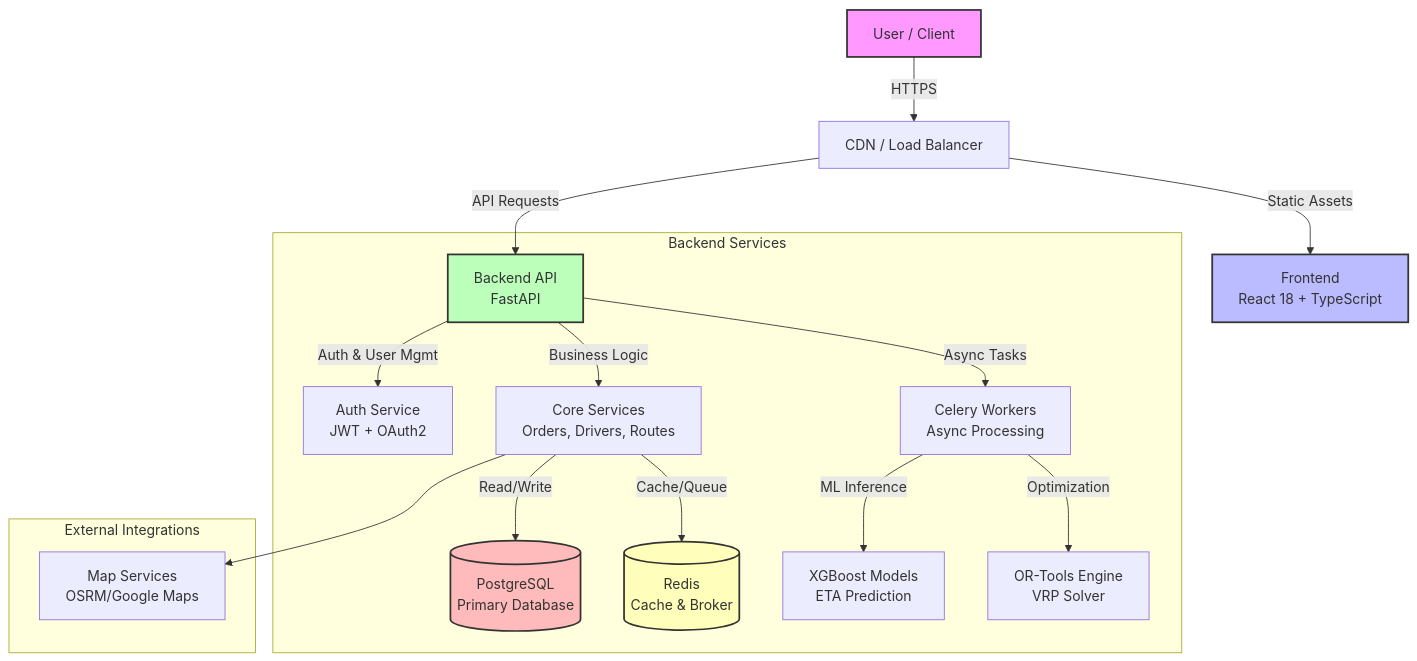
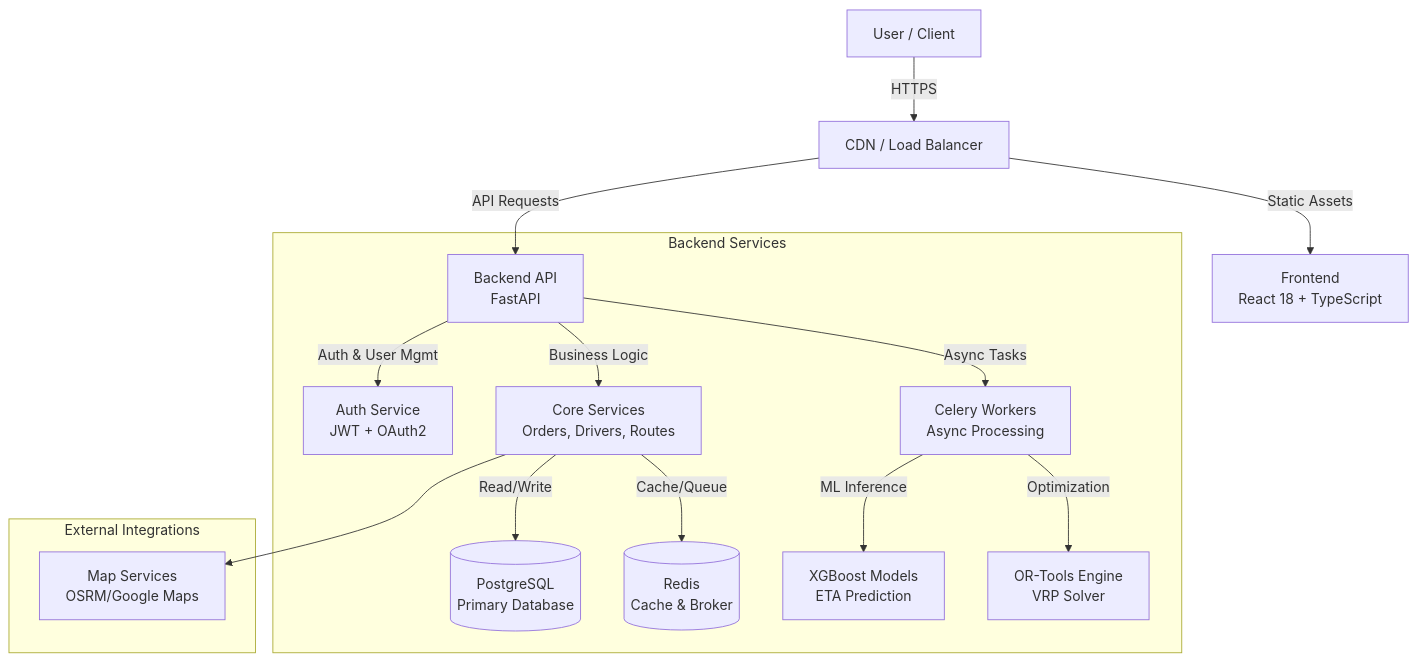
Before and after one commit to VIVEK-MARRI/IntelliLog-AI: the diagram in README.md, drawn with Mermaid. The commit also changed other lines of this file, not shown here.

````diff
--- a/README.md
+++ b/README.md
@@ -197,30 +84,24 @@
 ```mermaid
 graph TD
     User[User / Client] -->|HTTPS| CDN[CDN / Load Balancer]
     CDN -->|Static Assets| FE[Frontend<br/>React 18 + TypeScript]
     CDN -->|API Requests| API[Backend API<br/>FastAPI]
     
     subgraph "Backend Services"
         API -->|Auth & User Mgmt| Auth[Auth Service<br/>JWT + OAuth2]
         API -->|Business Logic| SVC[Core Services<br/>Orders, Drivers, Routes]
         API -->|Async Tasks| Worker[Celery Workers<br/>Async Processing]
         
         SVC -->|Read/Write| DB[(PostgreSQL<br/>Primary Database)]
         SVC -->|Cache/Queue| Redis[(Redis<br/>Cache & Broker)]
         
         Worker -->|ML Inference| ML[XGBoost Models<br/>ETA Prediction]
         Worker -->|Optimization| OR[OR-Tools Engine<br/>VRP Solver]
     end
     
     subgraph "External Integrations"
         Maps[Map Services<br/>OSRM/Google Maps]
     end
     
     SVC --> Maps
-    
-    style User fill:#f9f,stroke:#333,stroke-width:2px
-    style FE fill:#bbf,stroke:#333,stroke-width:2px
-    style API fill:#bfb,stroke:#333,stroke-width:2px
-    style DB fill:#fbb,stroke:#333,stroke-width:2px
-    style Redis fill:#ffb,stroke:#333,stroke-width:2px
 ```
````
